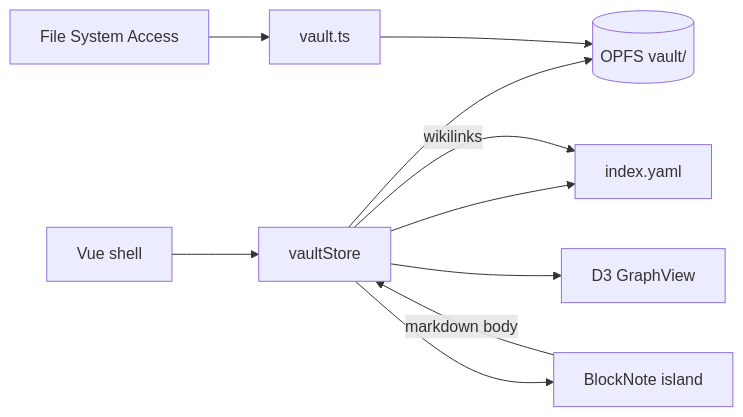
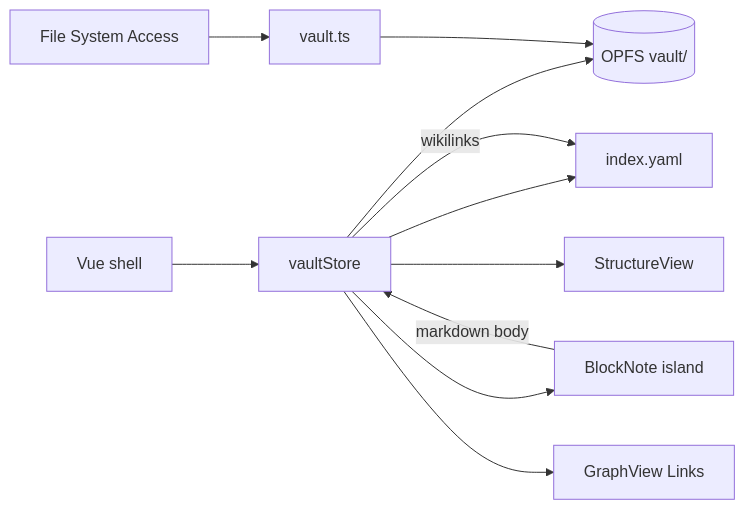
Before and after one commit to meta-secret/k-thread: the diagram in .cortext/architecture.md, drawn with Mermaid. The commit also changed other lines of this file and 23 other files, not shown here.

First line of the commit message:
Add Structure graph as home; keep Links as a separate mode.

````diff
--- a/.cortext/architecture.md
+++ b/.cortext/architecture.md
@@ -48,11 +49,12 @@
 ```mermaid
 flowchart LR
   UI[Vue shell] --> Store[vaultStore]
   Store --> OPFS[(OPFS vault/)]
   Store --> Index[index.yaml]
   Store --> Editor[BlockNote island]
-  Store --> Graph[D3 GraphView]
+  Store --> Structure[StructureView]
+  Store --> Links[GraphView Links]
   Import[File System Access] --> Vault[vault.ts] --> OPFS
   Editor -->|markdown body| Store
   Store -->|wikilinks| Index
 ```
````
